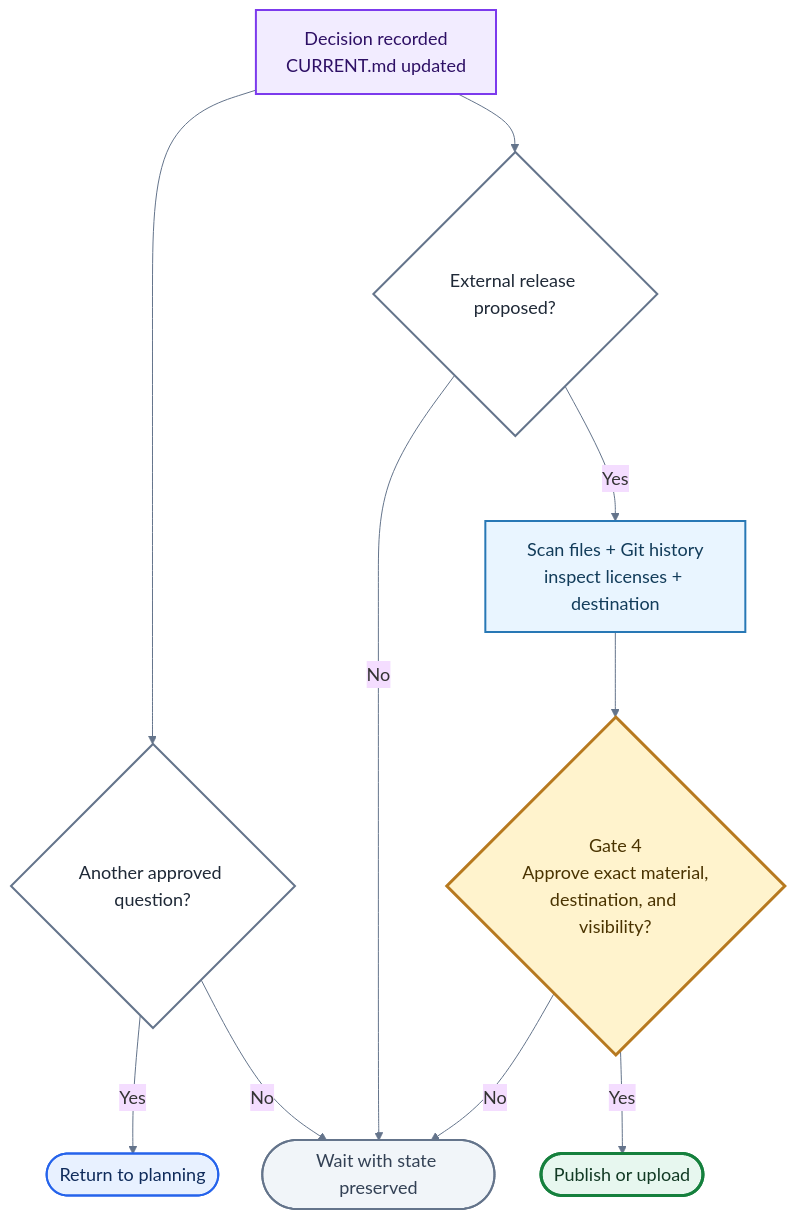
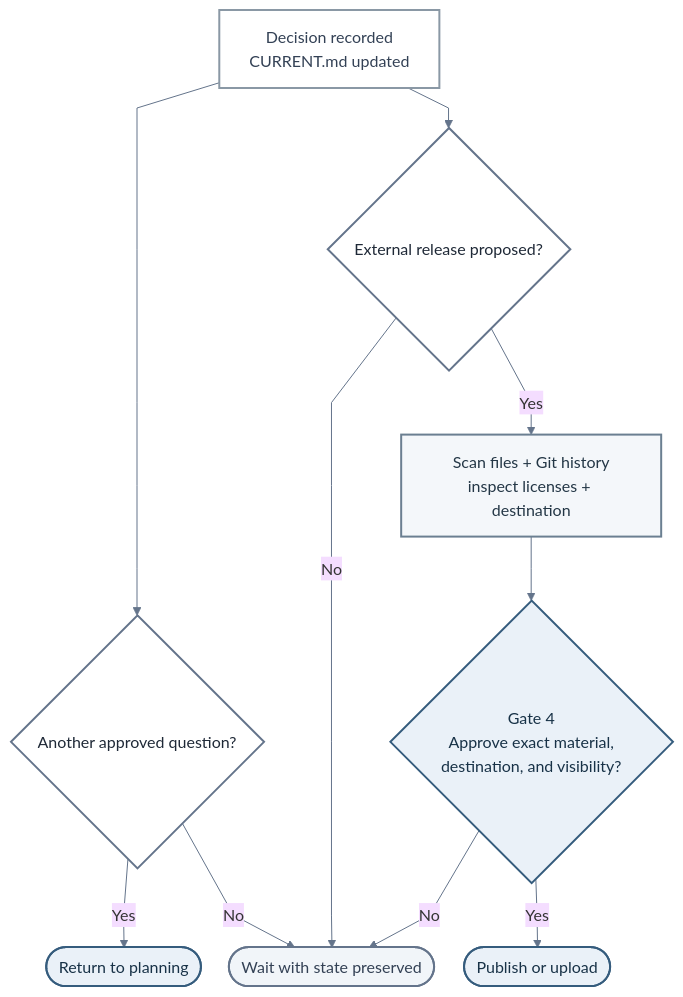
The fifth of 8 diagrams in workflow/PROCESS_MAP.md (Jhziiiig/research-agent-template), drawn with Mermaid before and after one commit. The commit also changed other lines of this file and 2 other files, not shown here.

````diff
--- a/workflow/PROCESS_MAP.md
+++ b/workflow/PROCESS_MAP.md
@@ -116,21 +116,21 @@
 ```mermaid
-%%{init: {"theme":"base","themeVariables":{"fontFamily":"Arial, sans-serif","fontSize":"18px","lineColor":"#64748B"},"flowchart":{"curve":"basis","nodeSpacing":44,"rankSpacing":58,"htmlLabels":true}}}%%
+%%{init: {"theme":"base","themeVariables":{"fontFamily":"Arial, sans-serif","fontSize":"16px","lineColor":"#64748B"},"flowchart":{"curve":"linear","nodeSpacing":28,"rankSpacing":40,"htmlLabels":true}}}%%
 flowchart TB
     Record[Decision recorded<br/>CURRENT.md updated]:::file --> More{Another approved question?}:::decision
     More -- Yes --> Next([Return to planning]):::human
     More -- No --> Hold([Wait with state preserved]):::stop
     Record --> Release{External release proposed?}:::decision
     Release -- No --> Hold
     Release -- Yes --> Checks[Scan files + Git history<br/>inspect licenses + destination]:::review
     Checks --> G4{Gate 4<br/>Approve exact material,<br/>destination, and visibility?}:::gate
     G4 -- No --> Hold
     G4 -- Yes --> External([Publish or upload]):::external
 
-    classDef human fill:#E8F1FF,stroke:#2563EB,color:#0F2B5B,stroke-width:2px;
-    classDef gate fill:#FFF3CD,stroke:#B7791F,color:#4A3300,stroke-width:3px;
-    classDef review fill:#E9F5FF,stroke:#2878B5,color:#123C5A,stroke-width:2px;
-    classDef file fill:#F2ECFF,stroke:#7C3AED,color:#2E1065,stroke-width:2px;
+    classDef human fill:#EAF1F8,stroke:#355C7D,color:#183247,stroke-width:2px;
+    classDef gate fill:#EAF1F8,stroke:#355C7D,color:#183247,stroke-width:2px;
+    classDef review fill:#F4F7FA,stroke:#6B7F91,color:#243746,stroke-width:2px;
+    classDef file fill:#FFFFFF,stroke:#8A98A5,color:#334155,stroke-width:2px;
     classDef decision fill:#FFFFFF,stroke:#64748B,color:#1F2937,stroke-width:2px;
     classDef stop fill:#F1F5F9,stroke:#64748B,color:#334155,stroke-width:2px;
-    classDef external fill:#E7F7EF,stroke:#15803D,color:#123A24,stroke-width:3px;
+    classDef external fill:#EAF1F8,stroke:#355C7D,color:#183247,stroke-width:2px;
 ```
````
